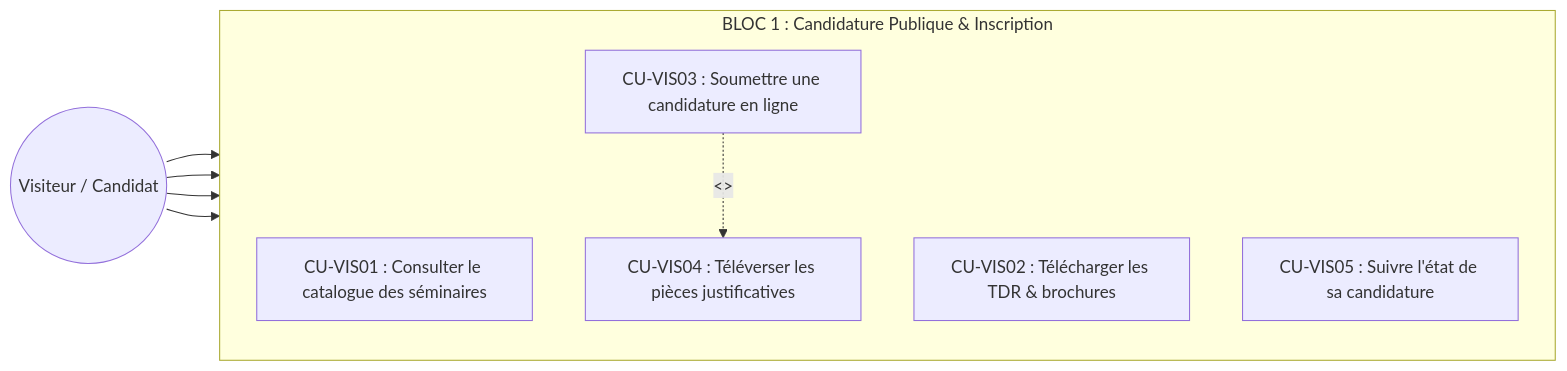
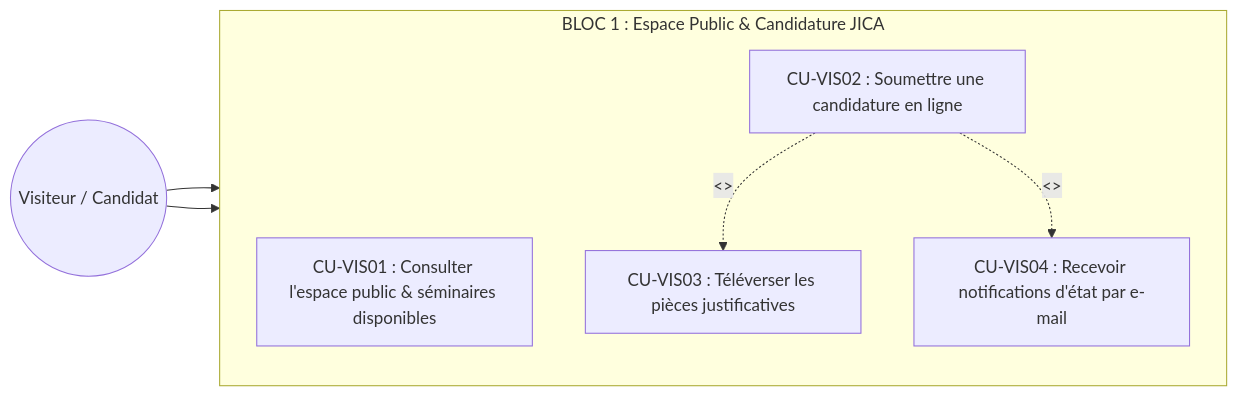
One commit to amzeekamara/cfpt-manager changed the second of 9 diagrams in DIAGRAMME_CAS_UTILISATION.md. Above: the diagram before and after it, drawn with Mermaid. The commit also changed other lines of this file and 2 other files, not shown here.

Commit message:
docs: refine visitor use cases (consult public space/seminars, submit form, upload docs, receive email status)

````diff
--- a/DIAGRAMME_CAS_UTILISATION.md
+++ b/DIAGRAMME_CAS_UTILISATION.md
@@ -160,20 +158,18 @@
 ```mermaid
 flowchart LR
     Visiteur((Visiteur / Candidat))
 
-    subgraph Bloc1["BLOC 1 : Candidature Publique & Inscription"]
+    subgraph Bloc1["BLOC 1 : Espace Public & Candidature JICA"]
         direction TB
-        UC_VIS01["CU-VIS01 : Consulter le catalogue des séminaires"]
-        UC_VIS02["CU-VIS02 : Télécharger les TDR & brochures"]
-        UC_VIS03["CU-VIS03 : Soumettre une candidature en ligne"]
-        UC_VIS04["CU-VIS04 : Téléverser les pièces justificatives"]
-        UC_VIS05["CU-VIS05 : Suivre l'état de sa candidature"]
+        UC_VIS01["CU-VIS01 : Consulter l'espace public & séminaires disponibles"]
+        UC_VIS02["CU-VIS02 : Soumettre une candidature en ligne"]
+        UC_VIS03["CU-VIS03 : Téléverser les pièces justificatives"]
+        UC_VIS04["CU-VIS04 : Recevoir notifications d'état par e-mail"]
     end
 
     Visiteur --> UC_VIS01
     Visiteur --> UC_VIS02
-    Visiteur --> UC_VIS03
-    Visiteur --> UC_VIS05
 
-    UC_VIS03 -.->|<<include>>| UC_VIS04
+    UC_VIS02 -.->|<<include>>| UC_VIS03
+    UC_VIS02 -.->|<<extend>>| UC_VIS04
 ```
````
